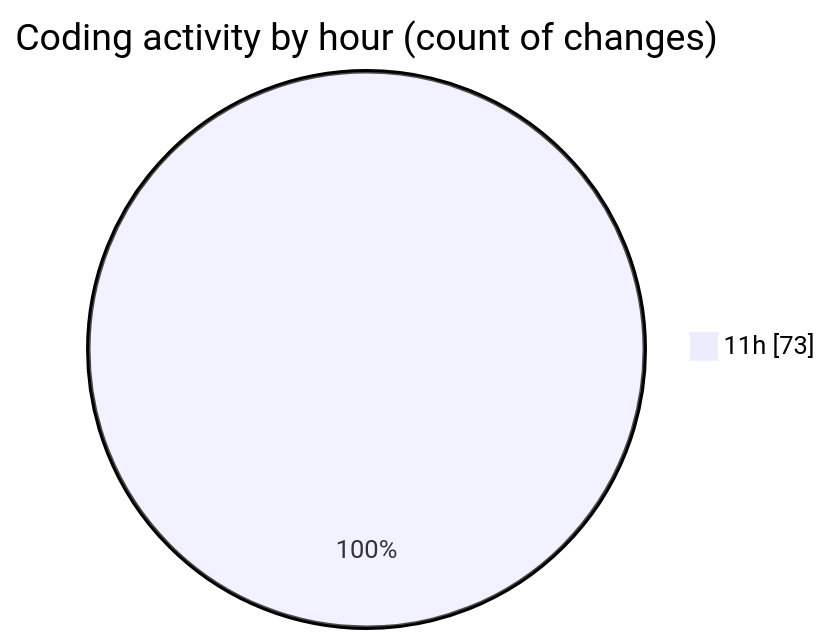
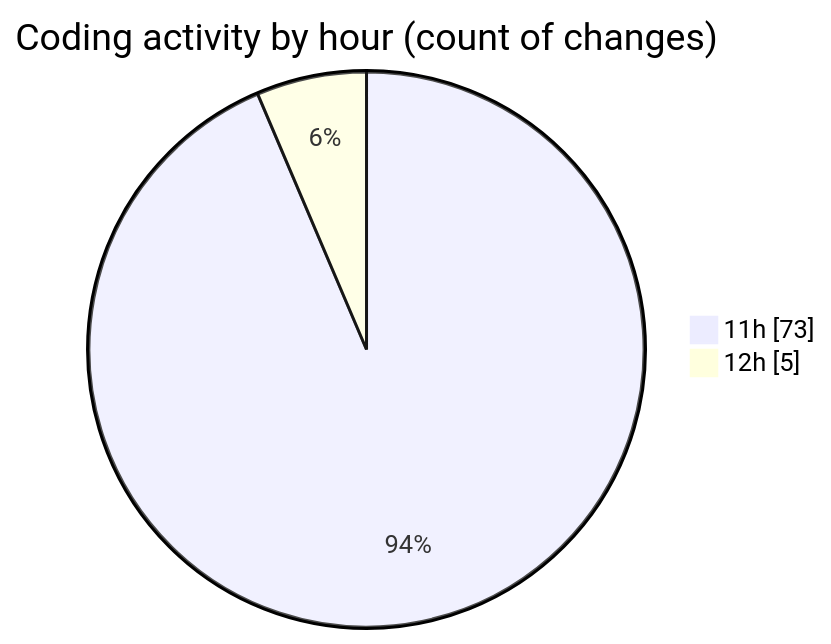
The second of 2 diagrams in 2025-06-22/txtfiles/README.md (Ritupan-Deka/code-tracking), drawn with Mermaid before and after one commit. The commit also changed other lines of this file and 1 other file, not shown here.

````diff
--- a/2025-06-22/txtfiles/README.md
+++ b/2025-06-22/txtfiles/README.md
@@ -28,5 +28,6 @@
 ```mermaid
 pie showData
 title Coding activity by hour (count of changes)
 "11h" : 73
+"12h" : 5
 ```
````
